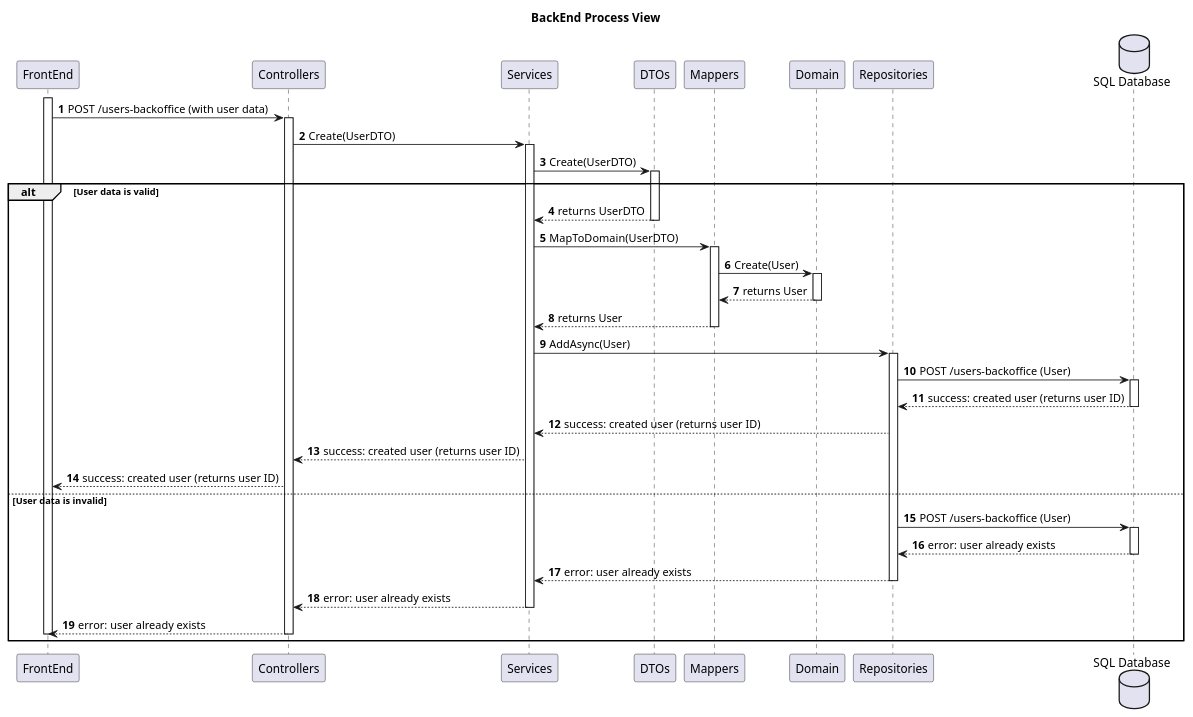
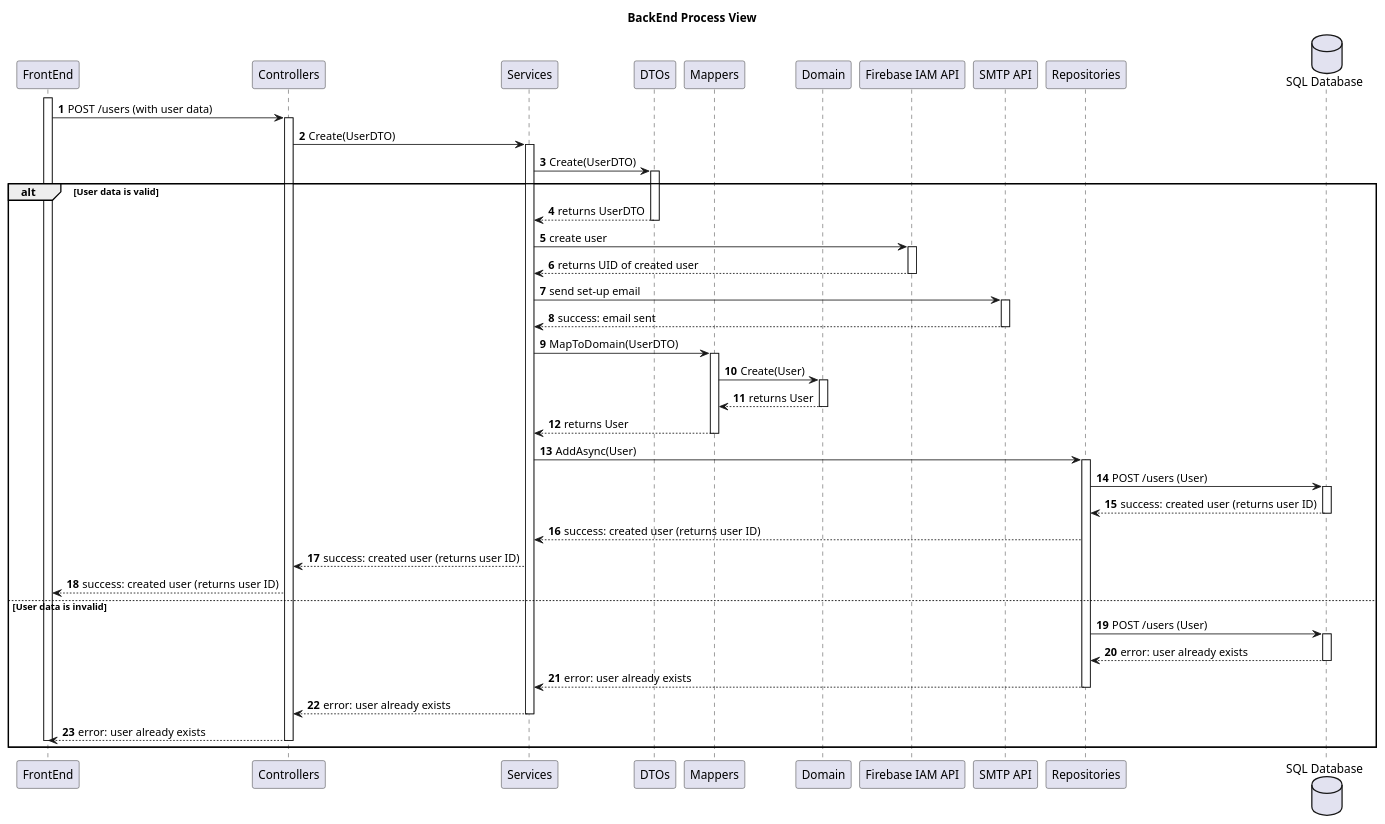
The diagram in docs/SprintA/1-register-backoffice-users/level3/backend-process-view.puml (MiguelCardoso77/SurgicalSync-BackEnd), drawn with PlantUML before and after one commit. The commit also changed 1 other file, not shown here.

Commit message:
#1 Adding the new API to the level 3 docs

```diff
--- a/docs/SprintA/1-register-backoffice-users/level3/backend-process-view.puml
+++ b/docs/SprintA/1-register-backoffice-users/level3/backend-process-view.puml
@@ -1,75 +1,89 @@
 @startuml
 autonumber
 
 title BackEnd Process View
 
 participant "FrontEnd" as FE
 participant "Controllers" as CN
 participant "Services" as SV
 participant "DTOs" as DTO
 participant "Mappers" as MP
 participant "Domain" as DM
+participant "Firebase IAM API" as IAM
+participant "SMTP API" as SMTP
 participant "Repositories" as REPO
 database "SQL Database" as SQL
 
 activate FE
-    FE -> CN: POST /users-backoffice (with user data)
+    FE -> CN: POST /users (with user data)
     activate CN
     
         CN -> SV : Create(UserDTO)
         activate SV
         
             SV -> DTO : Create(UserDTO)
             activate DTO
             
 alt User data is valid
             
                 DTO --> SV : returns UserDTO
             deactivate DTO
+            
+            SV -> IAM : create user
+            activate IAM
+            
+                IAM --> SV : returns UID of created user
+            deactivate IAM
+            
+            SV -> SMTP : send set-up email
+            activate SMTP
+            
+                SMTP --> SV : success: email sent
+            deactivate
             
             SV -> MP : MapToDomain(UserDTO)
             activate MP
             
                 MP -> DM : Create(User)
                 activate DM
                      
                     DM --> MP : returns User
                 deactivate DM
             
                 MP --> SV : returns User
             deactivate MP
                 
             SV -> REPO : AddAsync(User)
             activate REPO
             
-                REPO -> SQL : POST /users-backoffice (User)
+                REPO -> SQL : POST /users (User)
                 activate SQL
                 
                     SQL --> REPO : success: created user (returns user ID)
                 deactivate SQL
                 
                 REPO --> SV : success: created user (returns user ID)
             
 
             SV --> CN : success: created user (returns user ID) 
         FE <-- CN: success: created user (returns user ID) 
 
 else User data is invalid
 
-                REPO -> SQL : POST /users-backoffice (User)
+                REPO -> SQL : POST /users (User)
                 activate SQL
                 
                     SQL --> REPO : error: user already exists
                 deactivate SQL
                 
         REPO --> SV : error: user already exists
             deactivate REPO
             SV --> CN : error: user already exists
         deactivate SV
         FE <-- CN: error: user already exists
     deactivate CN     
                
 deactivate FE
 end
 
 @enduml
```
